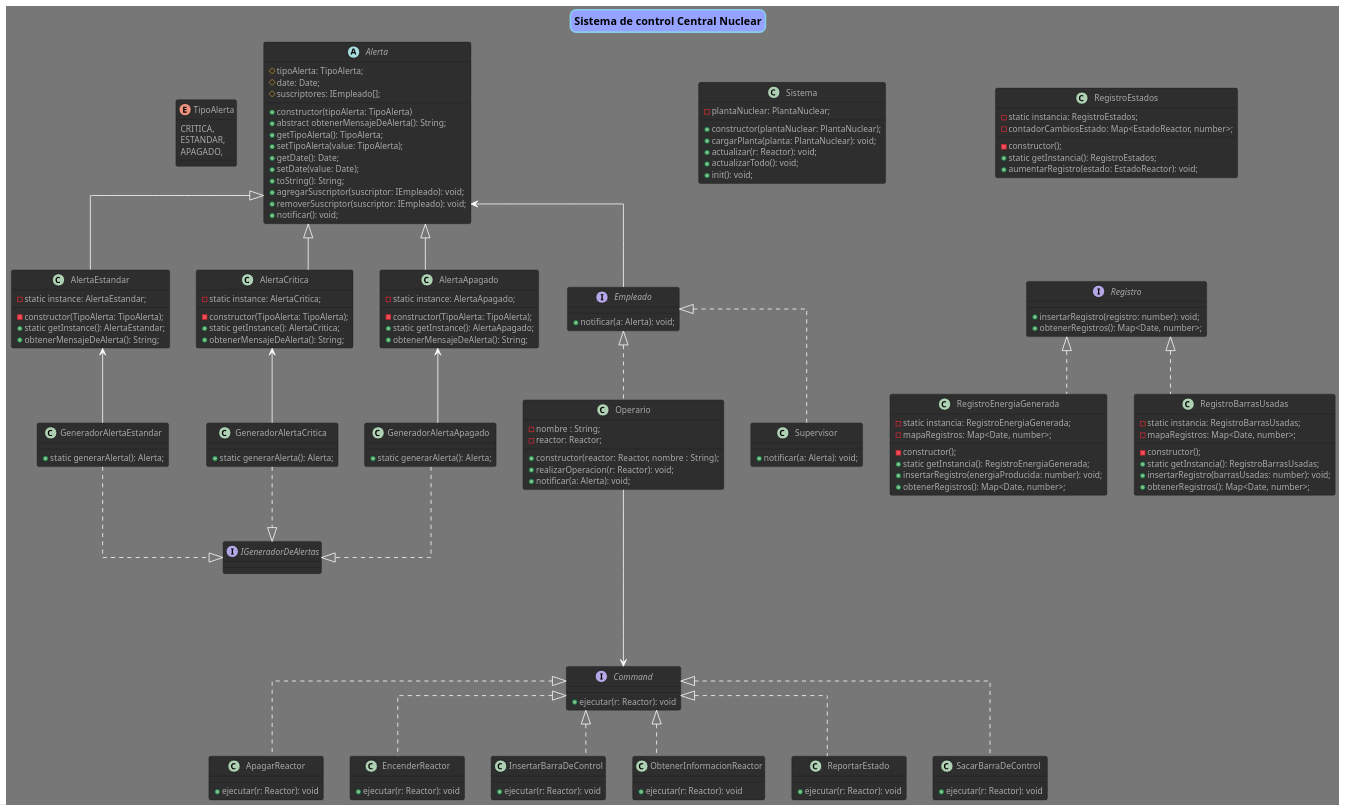
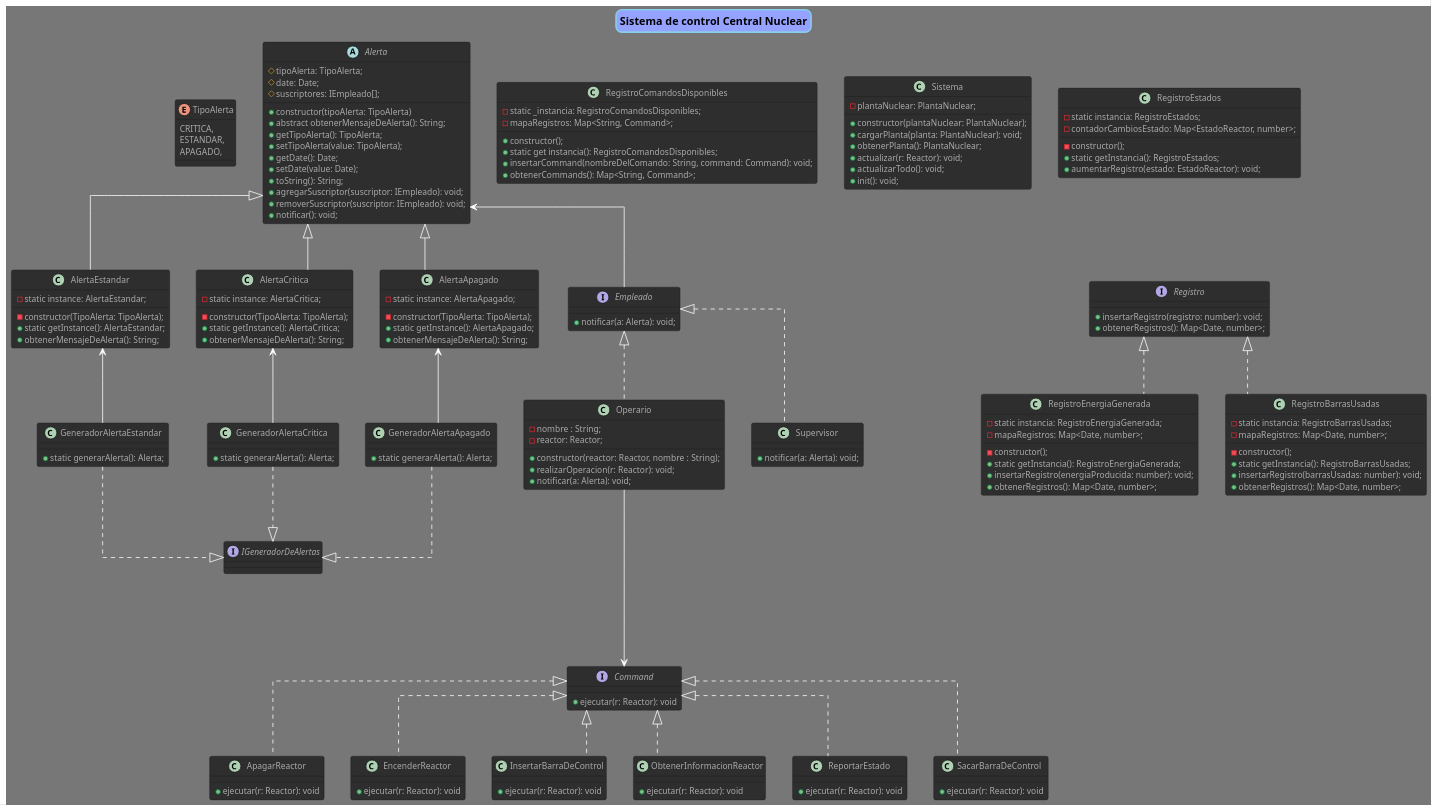
The diagram in diagrams/clases_sistema_control.puml (fmiguezo/reactor_nuclear), drawn with PlantUML before and after one commit. The commit also changed 4 other files, not shown here.

Commit message:
Cambios en los diagramas, agregue los metodos que faltaban

```diff
--- a/diagrams/clases_sistema_control.puml
+++ b/diagrams/clases_sistema_control.puml
@@ -38,6 +38,16 @@
 
 class SacarBarraDeControl {
     +ejecutar(r: Reactor): void
+}
+
+class RegistroComandosDisponibles {
+    -static _instancia: RegistroComandosDisponibles;
+    -mapaRegistros: Map<String, Command>;
+    
+    +constructor();
+    +static get instancia(): RegistroComandosDisponibles;
+    +insertarCommand(nombreDelComando: String, command: Command): void;
+    +obtenerCommands(): Map<String, Command>;
 }
 
 abstract class Alerta {
@@ -125,6 +135,7 @@
 
     +constructor(plantaNuclear: PlantaNuclear);
     +cargarPlanta(planta: PlantaNuclear): void;
+    +obtenerPlanta(): PlantaNuclear;
     +actualizar(r: Reactor): void;
     +actualizarTodo(): void;
     +init(): void;
```
